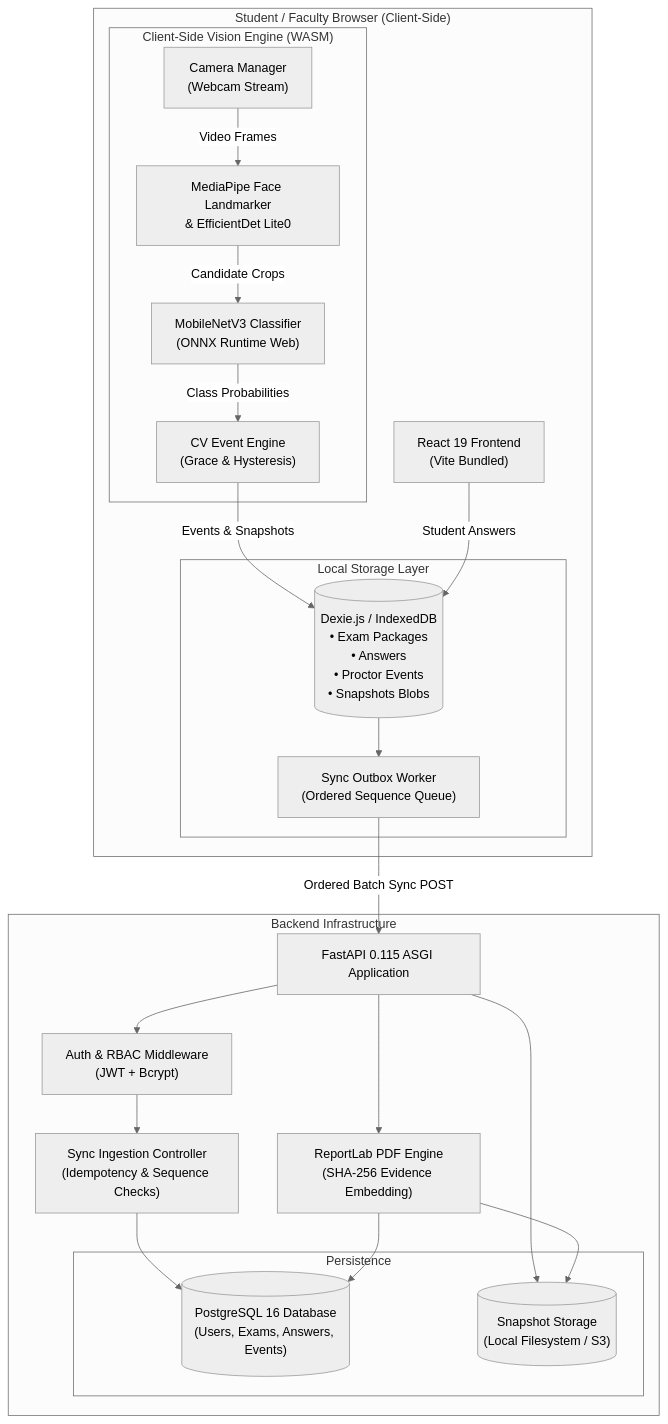
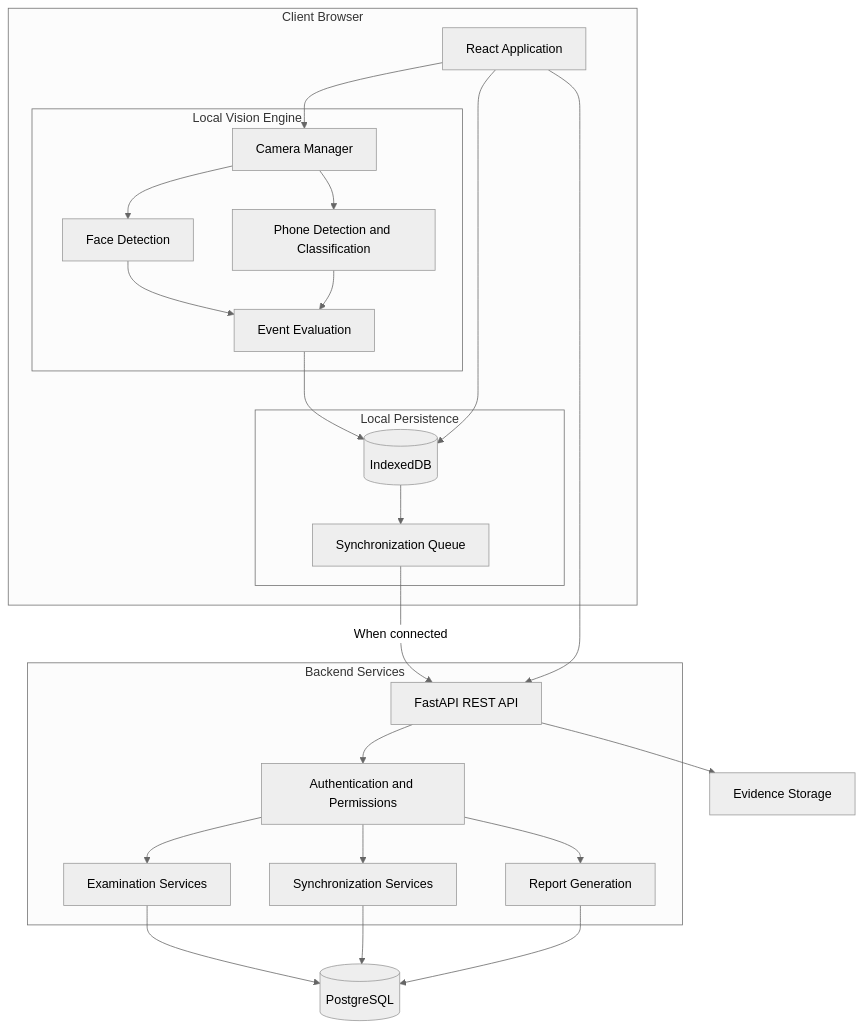
One commit to Tejasdev-97/ExamProctoring changed the second of 4 diagrams in README.md. Above: the diagram before and after it, drawn with Mermaid (neutral theme). The commit also changed other lines of this file, not shown here.

Commit message:
docs: simplify README and fix Mermaid diagrams

````diff
--- a/README.md
+++ b/README.md
@@ -143,47 +112,52 @@
 ```mermaid
 flowchart TD
-    subgraph ClientBrowser ["Student / Faculty Browser (Client-Side)"]
-        UI["React 19 Frontend<br/>(Vite Bundled)"]
-        
-        subgraph ProctoringEngine ["Client-Side Vision Engine (WASM)"]
-            CAM["Camera Manager<br/>(Webcam Stream)"]
-            DET["MediaPipe Face Landmarker<br/>& EfficientDet Lite0"]
-            CLS["MobileNetV3 Classifier<br/>(ONNX Runtime Web)"]
-            ENG["CV Event Engine<br/>(Grace & Hysteresis)"]
+    subgraph CLIENT["Client Browser"]
+        UI["React Application"]
+
+        subgraph VISION["Local Vision Engine"]
+            CAM["Camera Manager"]
+            FACE["Face Detection"]
+            PHONE["Phone Detection and Classification"]
+            EVENTS["Event Evaluation"]
         end
 
-        subgraph StorageLayer ["Local Storage Layer"]
-            IDB[("Dexie.js / IndexedDB<br/>• Exam Packages<br/>• Answers<br/>• Proctor Events<br/>• Snapshots Blobs")]
-            OUTBOX["Sync Outbox Worker<br/>(Ordered Sequence Queue)"]
+        subgraph LOCAL["Local Persistence"]
+            IDB[("IndexedDB")]
+            OUTBOX["Synchronization Queue"]
         end
     end
 
-    subgraph ServerBackend ["Backend Infrastructure"]
-        API["FastAPI 0.115 ASGI Application"]
-        AUTH["Auth & RBAC Middleware<br/>(JWT + Bcrypt)"]
-        SYNC_HANDLER["Sync Ingestion Controller<br/>(Idempotency & Sequence Checks)"]
-        REPORT_GEN["ReportLab PDF Engine<br/>(SHA-256 Evidence Embedding)"]
-        
-        subgraph DatabaseStorage ["Persistence"]
-            PG[("PostgreSQL 16 Database<br/>(Users, Exams, Answers, Events)")]
-            FS[("Snapshot Storage<br/>(Local Filesystem / S3)")]
-        end
+    subgraph SERVER["Backend Services"]
+        API["FastAPI REST API"]
+        AUTH["Authentication and Permissions"]
+        EXAMS["Examination Services"]
+        SYNC["Synchronization Services"]
+        REPORTS["Report Generation"]
     end
 
-    CAM -->|Video Frames| DET
-    DET -->|Candidate Crops| CLS
-    CLS -->|Class Probabilities| ENG
-    ENG -->|Events & Snapshots| IDB
-    UI -->|Student Answers| IDB
-    
+    DB[("PostgreSQL")]
+    FILES["Evidence Storage"]
+
+    UI --> CAM
+    CAM --> FACE
+    CAM --> PHONE
+    FACE --> EVENTS
+    PHONE --> EVENTS
+
+    EVENTS --> IDB
+    UI --> IDB
     IDB --> OUTBOX
-    OUTBOX -->|Ordered Batch Sync POST| API
-    
+
+    OUTBOX -->|"When connected"| API
+    UI --> API
+
     API --> AUTH
-    AUTH --> SYNC_HANDLER
-    SYNC_HANDLER --> PG
-    API --> FS
-    API --> REPORT_GEN
-    REPORT_GEN --> PG
-    REPORT_GEN --> FS
+    AUTH --> EXAMS
+    AUTH --> SYNC
+    AUTH --> REPORTS
+
+    EXAMS --> DB
+    SYNC --> DB
+    REPORTS --> DB
+    API --> FILES
 ```
````
